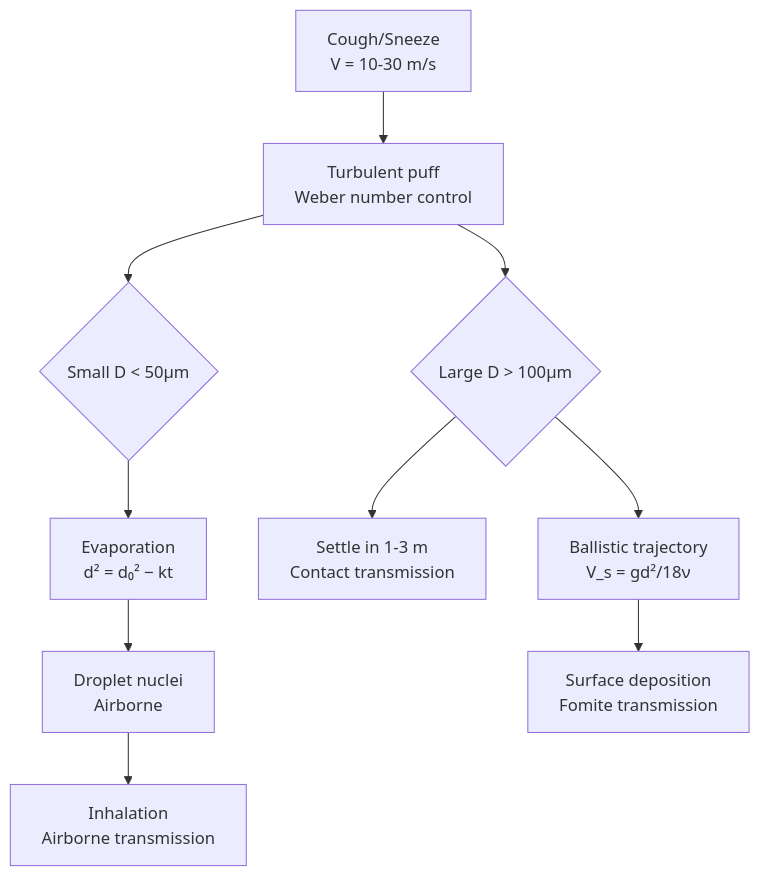
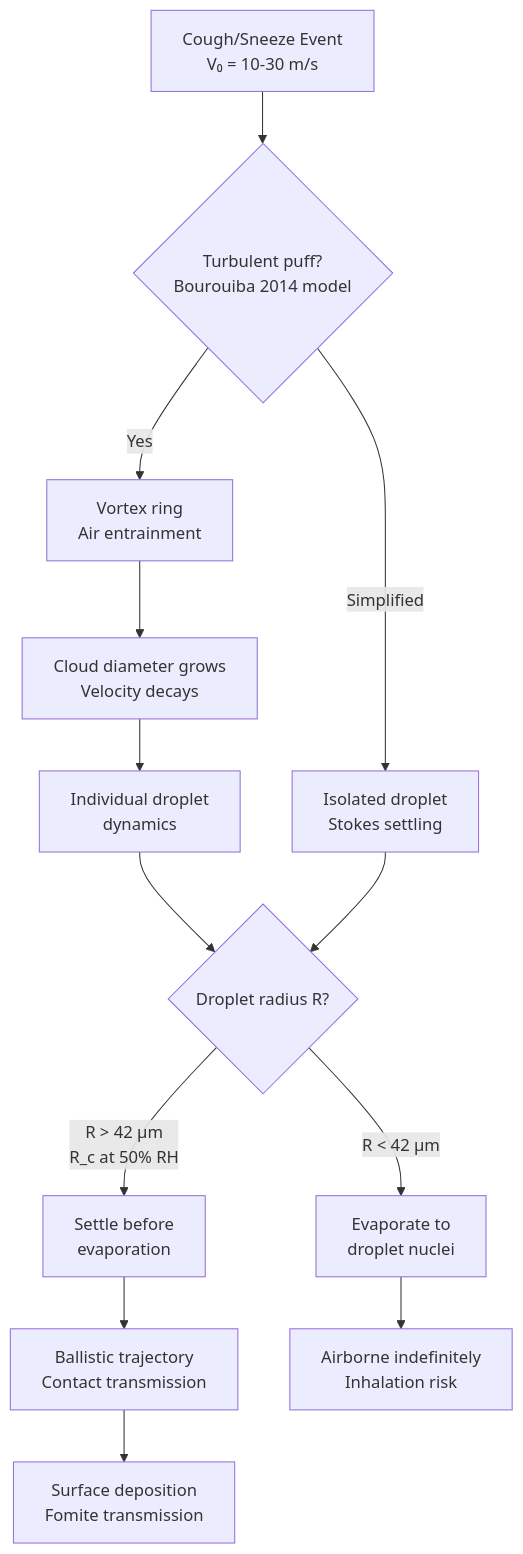
The first of 8 diagrams in MIT_CEE_Core/Track_1_Environment/Environmental_Life_Sciences/01_1.063_Fluids_and_Disease.md (yip-lgtm/civil-bootcamp), drawn with Mermaid before and after one commit. The commit also changed other lines of this file and 9 other files, not shown here.

````diff
--- a/MIT_CEE_Core/Track_1_Environment/Environmental_Life_Sciences/01_1.063_Fluids_and_Disease.md
+++ b/MIT_CEE_Core/Track_1_Environment/Environmental_Life_Sciences/01_1.063_Fluids_and_Disease.md
@@ -129,12 +117,15 @@
 ```mermaid
 graph TD
-    A[Cough/Sneeze<br/>V = 10-30 m/s] --> B[Turbulent puff<br/>Weber number control]
-    B --> C{Large D > 100μm}
-    B --> D{Small D < 50μm}
-    C --> E[Ballistic trajectory<br/>V_s = gd²/18ν]
-    C --> F[Settle in 1-3 m<br/>Contact transmission]
-    D --> G[Evaporation<br/>d² = d₀² − kt]
-    G --> H[Droplet nuclei<br/>Airborne]
-    H --> I[Inhalation<br/>Airborne transmission]
-    E --> J[Surface deposition<br/>Fomite transmission]
+    A[Cough/Sneeze Event<br/>V₀ = 10-30 m/s] --> B{Turbulent puff?<br/>Bourouiba 2014 model}
+    B -->|Yes| C[Vortex ring<br/>Air entrainment]
+    C --> D[Cloud diameter grows<br/>Velocity decays]
+    D --> E[Individual droplet<br/>dynamics]
+    B -->|Simplified| F[Isolated droplet<br/>Stokes settling]
+    E --> G{Droplet radius R?}
+    F --> G
+    G -->|R > 42 μm<br/>R_c at 50% RH| H[Settle before<br/>evaporation]
+    G -->|R < 42 μm| I[Evaporate to<br/>droplet nuclei]
+    H --> J[Ballistic trajectory<br/>Contact transmission]
+    I --> K[Airborne indefinitely<br/>Inhalation risk]
+    J --> L[Surface deposition<br/>Fomite transmission]
 ```
````
